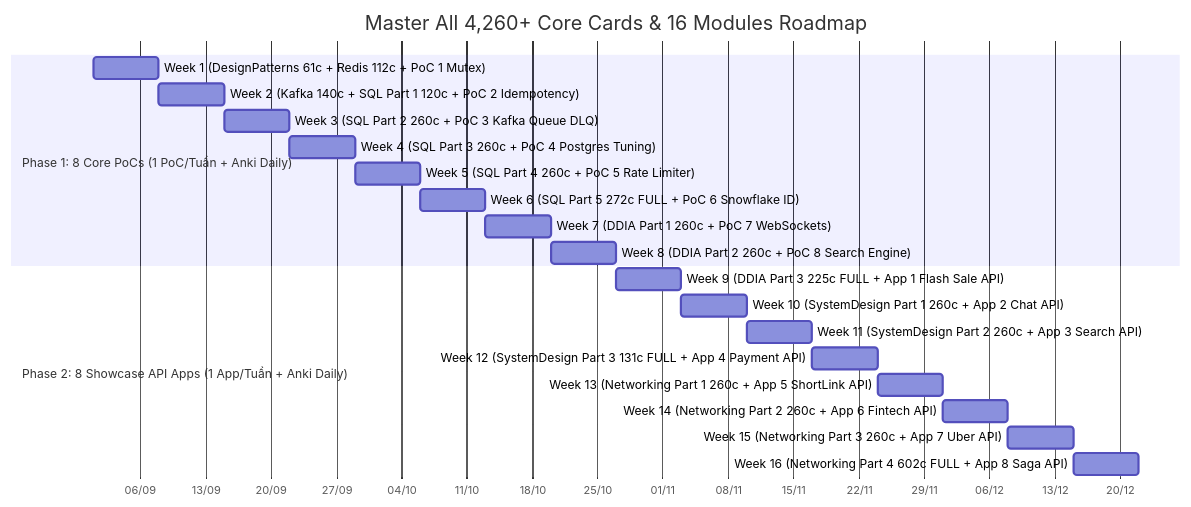
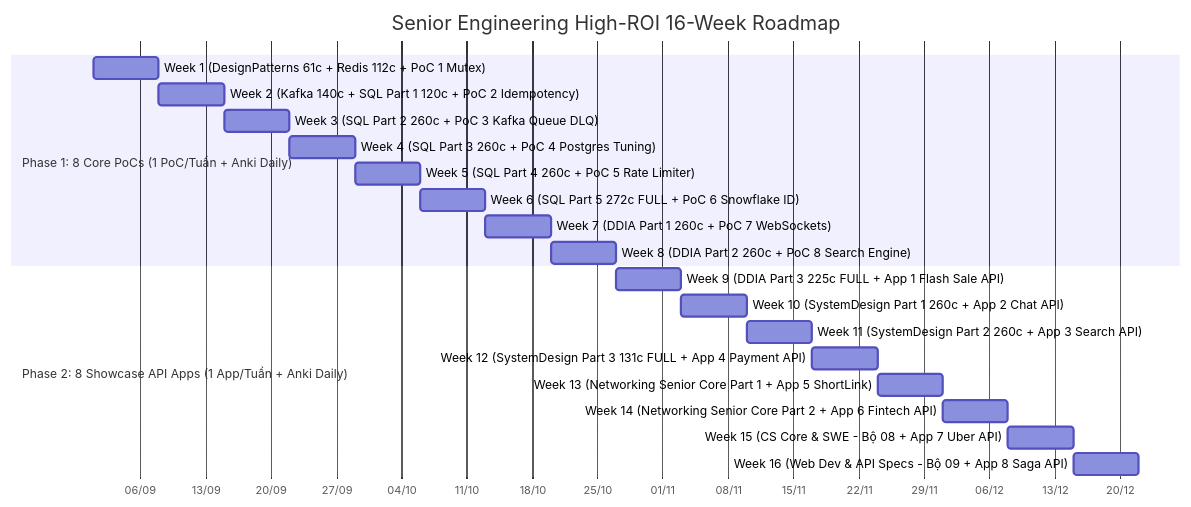
One commit to khanhduong22/backend-engineering-system-design changed the diagram in SENIOR_ENGINEERING_ROADMAP_16WEEKS.md. Above: the diagram before and after it, drawn with Mermaid. The commit also changed other lines of this file, not shown here.

Commit message:
Feat: Optimize Deck 07 for Senior/Mid cards and incorporate Decks 08 & 09 in Weeks 15-16

````diff
--- a/SENIOR_ENGINEERING_ROADMAP_16WEEKS.md
+++ b/SENIOR_ENGINEERING_ROADMAP_16WEEKS.md
@@ -11,26 +11,26 @@
 ```mermaid
 gantt
-    title Master All 4,260+ Core Cards & 16 Modules Roadmap
+    title Senior Engineering High-ROI 16-Week Roadmap
     dateFormat YYYY-MM-DD
     axisFormat %d/%m
 
     section Phase 1: 8 Core PoCs (1 PoC/Tuần + Anki Daily)
     Week 1 (DesignPatterns 61c + Redis 112c + PoC 1 Mutex)   :w1, 2026-09-01, 7d
     Week 2 (Kafka 140c + SQL Part 1 120c + PoC 2 Idempotency):w2, after w1, 7d
     Week 3 (SQL Part 2 260c + PoC 3 Kafka Queue DLQ)          :w3, after w2, 7d
     Week 4 (SQL Part 3 260c + PoC 4 Postgres Tuning)          :w4, after w3, 7d
     Week 5 (SQL Part 4 260c + PoC 5 Rate Limiter)             :w5, after w4, 7d
     Week 6 (SQL Part 5 272c FULL + PoC 6 Snowflake ID)        :w6, after w5, 7d
     Week 7 (DDIA Part 1 260c + PoC 7 WebSockets)             :w7, after w6, 7d
     Week 8 (DDIA Part 2 260c + PoC 8 Search Engine)          :w8, after w7, 7d
 
     section Phase 2: 8 Showcase API Apps (1 App/Tuần + Anki Daily)
     Week 9 (DDIA Part 3 225c FULL + App 1 Flash Sale API)     :w9, after w8, 7d
     Week 10 (SystemDesign Part 1 260c + App 2 Chat API)       :w10, after w9, 7d
     Week 11 (SystemDesign Part 2 260c + App 3 Search API)     :w11, after w10, 7d
     Week 12 (SystemDesign Part 3 131c FULL + App 4 Payment API):w12, after w11, 7d
-    Week 13 (Networking Part 1 260c + App 5 ShortLink API)    :w13, after w12, 7d
-    Week 14 (Networking Part 2 260c + App 6 Fintech API)      :w14, after w13, 7d
-    Week 15 (Networking Part 3 260c + App 7 Uber API)         :w15, after w14, 7d
-    Week 16 (Networking Part 4 602c FULL + App 8 Saga API)    :w16, after w15, 7d
+    Week 13 (Networking Senior Core Part 1 + App 5 ShortLink) :w13, after w12, 7d
+    Week 14 (Networking Senior Core Part 2 + App 6 Fintech API):w14, after w13, 7d
+    Week 15 (CS Core & SWE - Bộ 08 + App 7 Uber API)          :w15, after w14, 7d
+    Week 16 (Web Dev & API Specs - Bộ 09 + App 8 Saga API)    :w16, after w15, 7d
 ```
````
